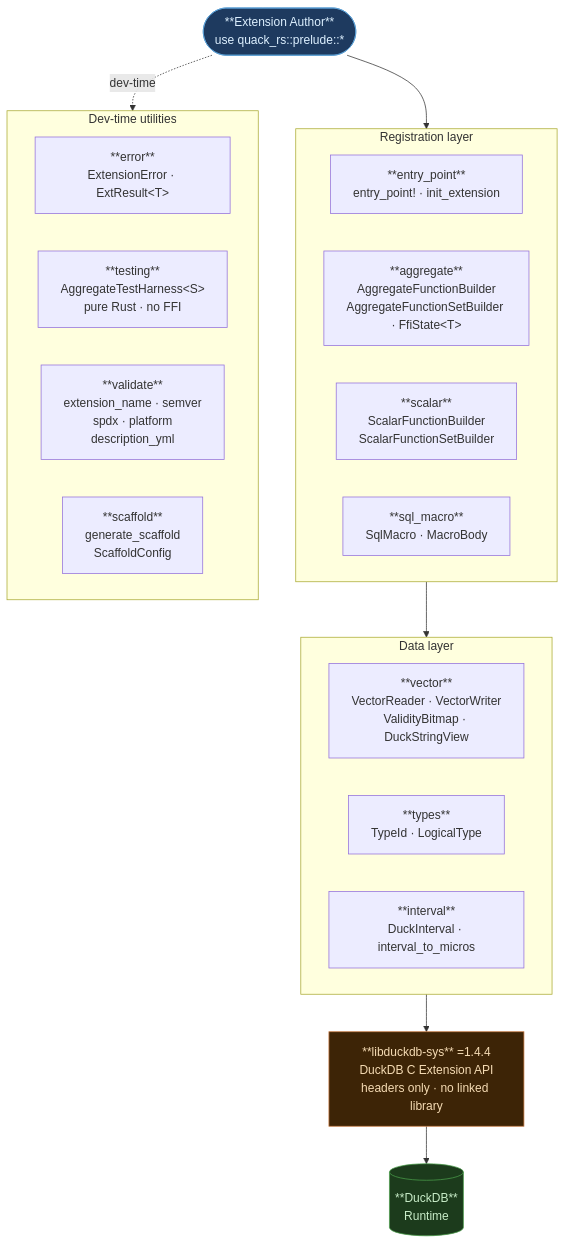
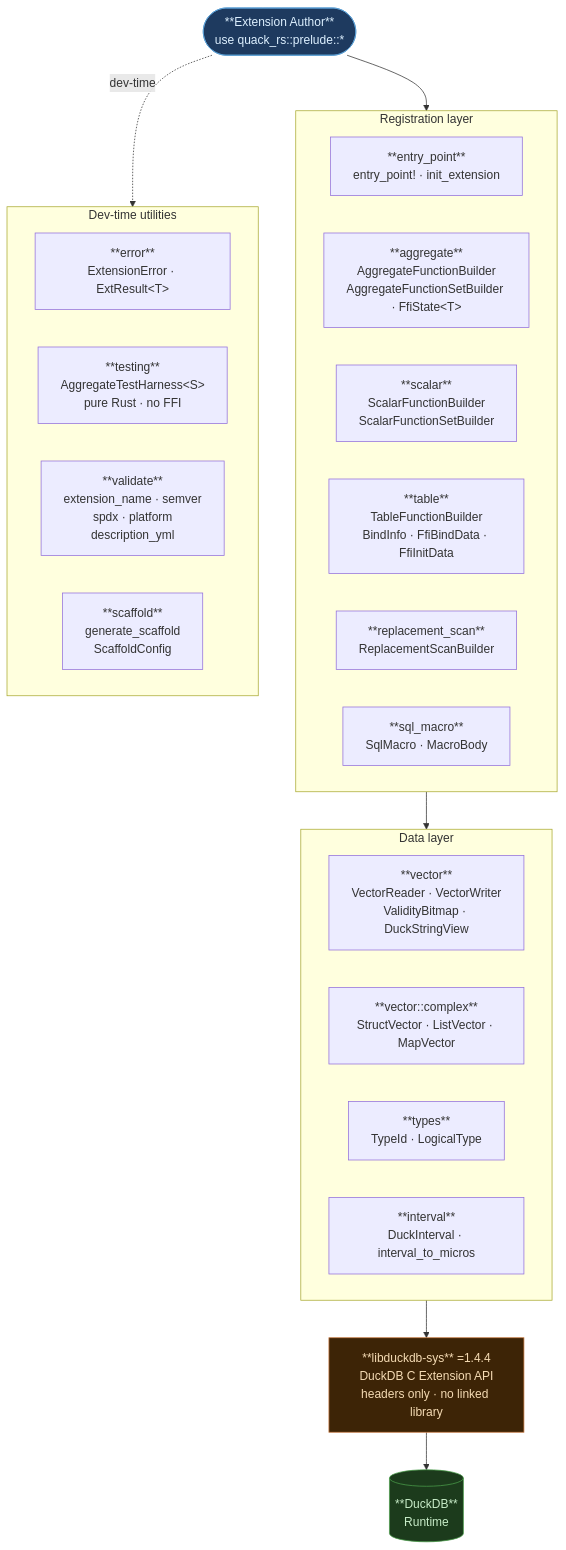
One commit to tomtom215/quack-rs changed the diagram in README.md. Above: the diagram before and after it, drawn with Mermaid. The commit also changed other lines of this file and 20 other files, not shown here.

````diff
--- a/README.md
+++ b/README.md
@@ -508,41 +517,44 @@
 ```mermaid
 flowchart TB
     Author(["**Extension Author**<br/>use quack_rs::prelude::*"]):::author
 
     subgraph REG ["Registration layer"]
         direction LR
         EP["**entry_point**<br/>entry_point! · init_extension"]
         AGG["**aggregate**<br/>AggregateFunctionBuilder<br/>AggregateFunctionSetBuilder · FfiState&lt;T&gt;"]
         SCL["**scalar**<br/>ScalarFunctionBuilder<br/>ScalarFunctionSetBuilder"]
+        TBL["**table**<br/>TableFunctionBuilder<br/>BindInfo · FfiBindData · FfiInitData"]
+        RSC["**replacement_scan**<br/>ReplacementScanBuilder"]
         SM["**sql_macro**<br/>SqlMacro · MacroBody"]
     end
 
     subgraph DATA ["Data layer"]
         direction LR
         VEC["**vector**<br/>VectorReader · VectorWriter<br/>ValidityBitmap · DuckStringView"]
+        CMP["**vector::complex**<br/>StructVector · ListVector · MapVector"]
         TYP["**types**<br/>TypeId · LogicalType"]
         INT["**interval**<br/>DuckInterval · interval_to_micros"]
     end
 
     SYS["**libduckdb-sys** =1.4.4<br/>DuckDB C Extension API<br/>headers only · no linked library"]:::ffi
 
     RT[("**DuckDB**<br/>Runtime")]:::duckdb
 
     subgraph DEV ["Dev-time utilities"]
         direction LR
         ERR["**error**<br/>ExtensionError · ExtResult&lt;T&gt;"]
         TST["**testing**<br/>AggregateTestHarness&lt;S&gt;<br/>pure Rust · no FFI"]
         VAL["**validate**<br/>extension_name · semver<br/>spdx · platform<br/>description_yml"]
         SCF["**scaffold**<br/>generate_scaffold<br/>ScaffoldConfig"]
     end
 
     Author --> REG
     REG    --> DATA
     DATA   --> SYS
     SYS    --> RT
     Author -.->|"dev-time"| DEV
 
     classDef author fill:#1e3a5f,stroke:#5a9fd4,color:#ddf0ff
     classDef ffi fill:#3d2406,stroke:#c87941,color:#f5dbb4
     classDef duckdb fill:#1c3b1c,stroke:#4a9e4a,color:#c8ecc8
 ```
````
